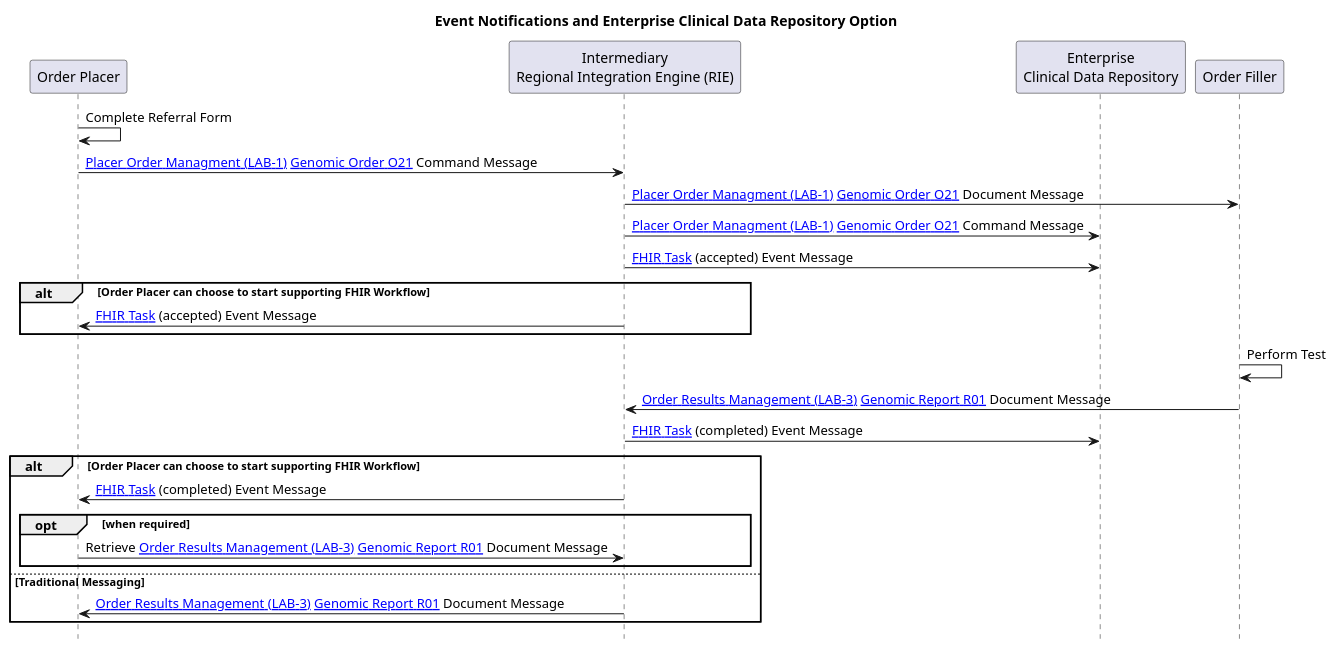
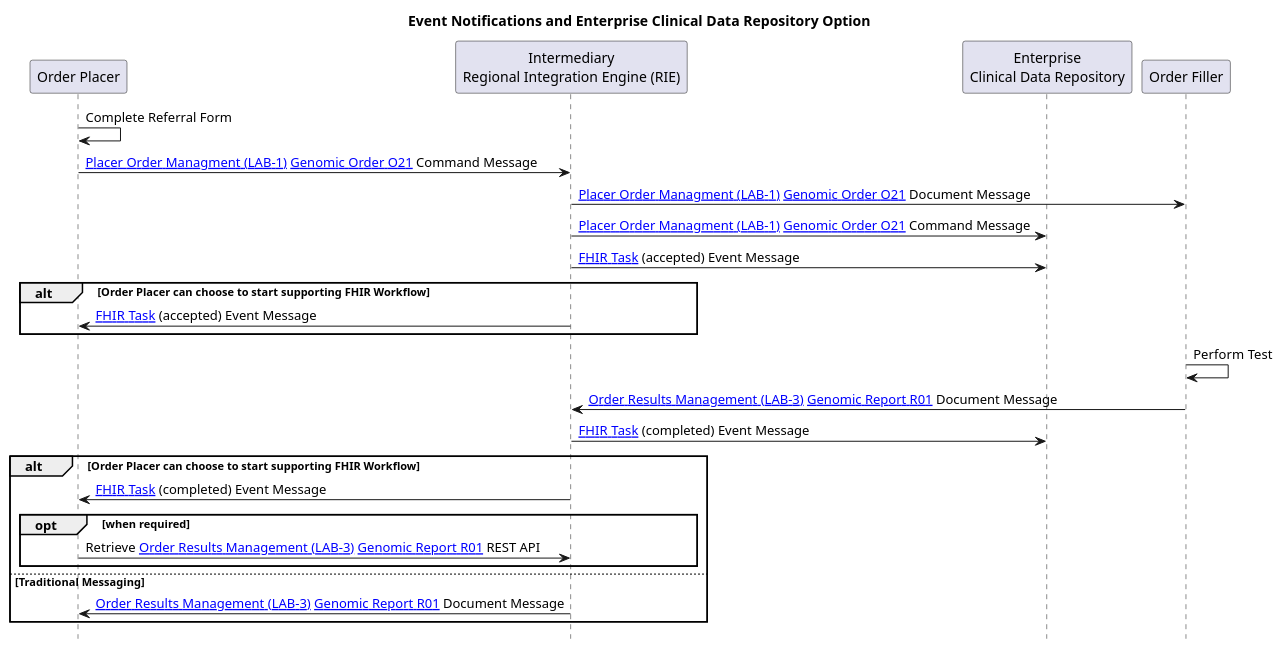
The diagram in input/images-source/LTW-cdr-sequence.plantuml (nw-gmsa/nw-gmsa.github.com), drawn with PlantUML before and after one commit. The commit also changed 2 other files, not shown here.

Commit message:
Documentation of Lab Report options

```diff
--- a/input/images-source/LTW-cdr-sequence.plantuml
+++ b/input/images-source/LTW-cdr-sequence.plantuml
@@ -1,36 +1,36 @@
 @startuml
 
 skinparam svgDimensionStyle false
 
 hide footbox
 
 title "Event Notifications and Enterprise Clinical Data Repository Option"
 
 participant "Order Placer" as EPR
 participant "Intermediary\nRegional Integration Engine (RIE)" as TIE
 participant "Enterprise\nClinical Data Repository" as CDR
 participant "Order Filler" as LIMS
 
 
 EPR -> EPR: Complete Referral Form
 EPR -> TIE: [[LAB-1.html Placer Order Managment (LAB-1)]] [[DDD-TestOrder.html Genomic Order O21]] Command Message
 TIE -> LIMS: [[LAB-1.html Placer Order Managment (LAB-1)]] [[DDD-TestOrder.html Genomic Order O21]] Document Message
 TIE -> CDR: [[LAB-1.html Placer Order Managment (LAB-1)]] [[DDD-TestOrder.html Genomic Order O21]] Command Message
 TIE -> CDR: [[StructureDefinition-Task.html FHIR Task]] (accepted) Event Message
 alt Order Placer can choose to start supporting FHIR Workflow
 TIE -> EPR: [[StructureDefinition-Task.html FHIR Task]] (accepted) Event Message
 end
 LIMS -> LIMS: Perform Test
 
 LIMS -> TIE: [[LAB-3.html Order Results Management (LAB-3)]] [[DDD-TestReport.html Genomic Report R01]] Document Message
 TIE -> CDR: [[StructureDefinition-Task.html FHIR Task]] (completed) Event Message
 alt Order Placer can choose to start supporting FHIR Workflow
 TIE -> EPR: [[StructureDefinition-Task.html FHIR Task]] (completed) Event Message
 opt when required
-  EPR -> TIE: Retrieve [[LAB-3.html Order Results Management (LAB-3)]] [[DDD-TestReport.html Genomic Report R01]] Document Message
+  EPR -> TIE: Retrieve [[LAB-3.html Order Results Management (LAB-3)]] [[DDD-TestReport.html Genomic Report R01]] REST API
 end
 else Traditional Messaging
 TIE -> EPR: [[LAB-3.html Order Results Management (LAB-3)]] [[DDD-TestReport.html Genomic Report R01]] Document Message
 end
 
 @enduml
```
